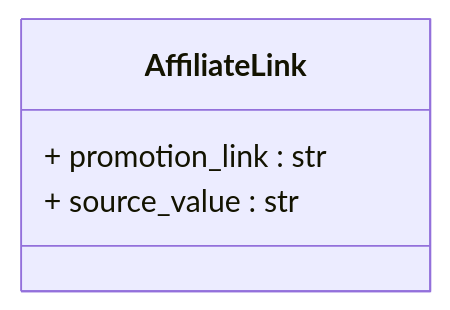
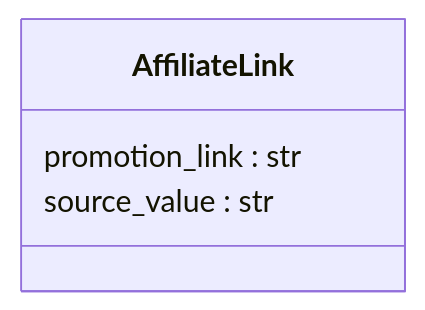
One commit to hypo69/hypo changed the diagram in docs/gemini/ru/explainer/src/suppliers/aliexpress/api/models/affiliate_link.md. Above: the diagram before and after it, drawn with Mermaid. The commit also changed other lines of this file and 468 other files, not shown here.

````diff
--- a/docs/gemini/ru/explainer/src/suppliers/aliexpress/api/models/affiliate_link.md
+++ b/docs/gemini/ru/explainer/src/suppliers/aliexpress/api/models/affiliate_link.md
@@ -37,7 +28,7 @@
 ```mermaid
 classDiagram
     class AffiliateLink {
-        + promotion_link : str
-        + source_value : str
+        promotion_link : str
+        source_value : str
     }
 ```
````
